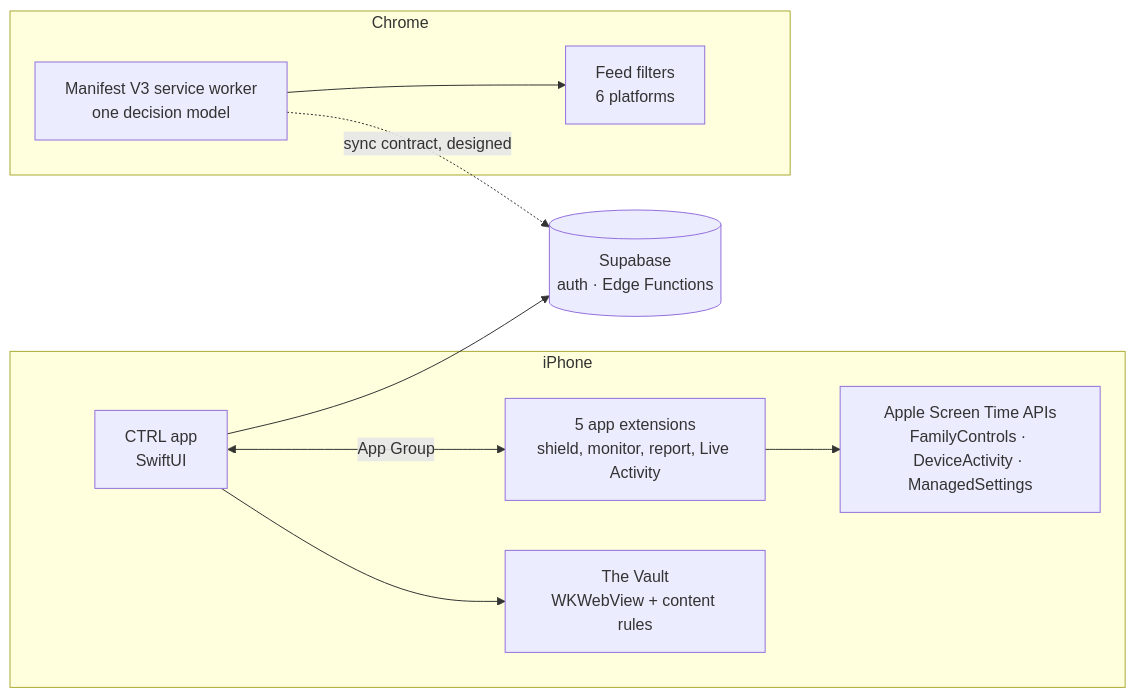
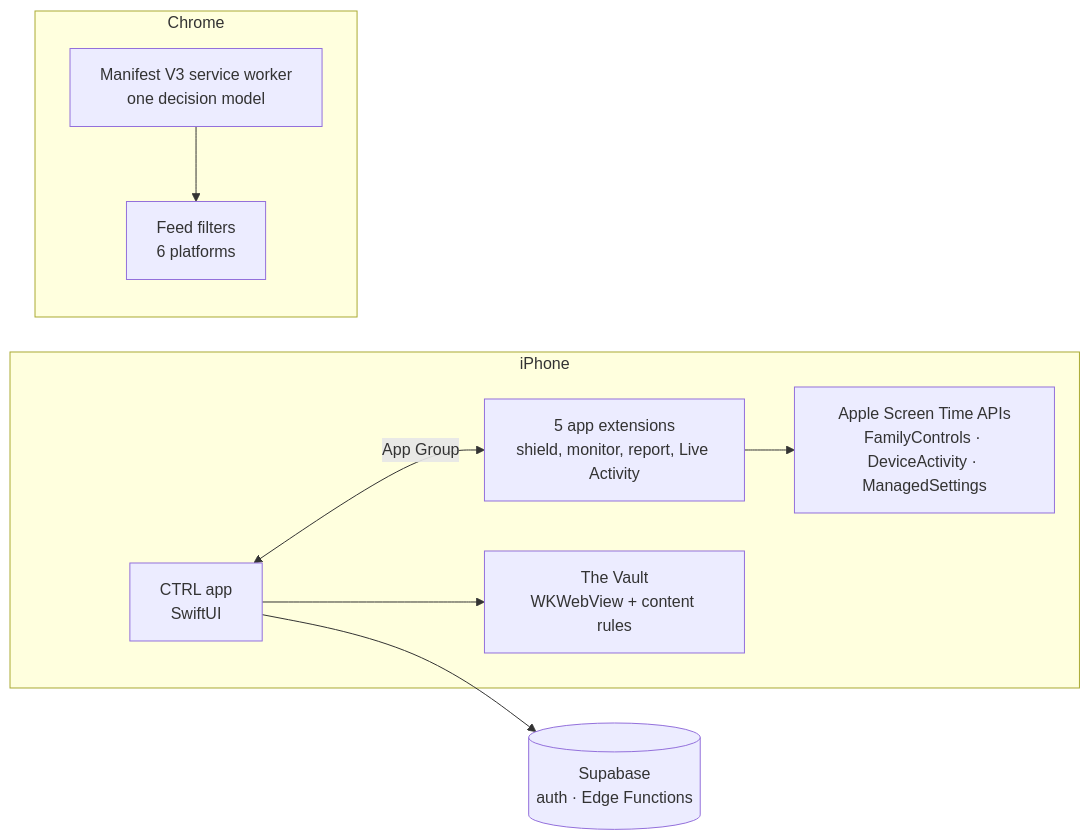
Before and after one commit to m0hamedb3ngab5ia/CTRL: the diagram in README.md, drawn with Mermaid. The commit also changed other lines of this file, not shown here.

First line of the commit message:
README: trim roadmap and product-logic detail

````diff
--- a/README.md
+++ b/README.md
@@ -42,17 +42,16 @@
 ```mermaid
 flowchart LR
   subgraph iPhone
     App[CTRL app<br/>SwiftUI]
     Ext[5 app extensions<br/>shield, monitor, report, Live Activity]
     App <-- App Group --> Ext
     Ext --> ST[Apple Screen Time APIs<br/>FamilyControls · DeviceActivity · ManagedSettings]
     App --> WV[The Vault<br/>WKWebView + content rules]
   end
   subgraph Chrome
     SW[Manifest V3 service worker<br/>one decision model]
     CS[Feed filters<br/>6 platforms]
     SW --> CS
   end
   App --> SB[(Supabase<br/>auth · Edge Functions)]
-  SW -. sync contract, designed .-> SB
 ```
````
